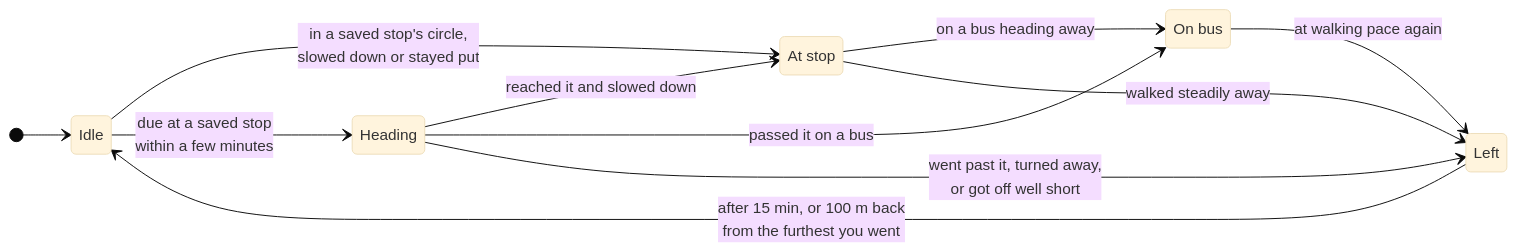
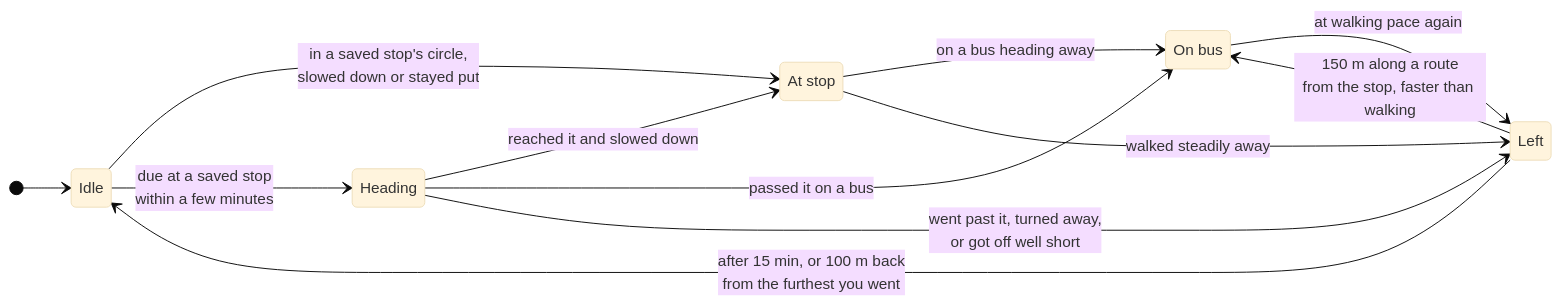
Before and after one commit to Pixxel123/bus-countdown: the fourth of 5 diagrams in docs/how-it-works.md, drawn with Mermaid (base theme). The commit also changed other lines of this file and 11 other files, not shown here.

````diff
--- a/docs/how-it-works.md
+++ b/docs/how-it-works.md
@@ -106,16 +106,17 @@
 ```mermaid
 stateDiagram-v2
     direction LR
     [*] --> Idle
     Idle --> AtStop: in a saved stop's circle,<br/>slowed down or stayed put
     Idle --> Heading: due at a saved stop<br/>within a few minutes
     Heading --> AtStop: reached it and slowed down
     Heading --> OnBus: passed it on a bus
     Heading --> Left: went past it, turned away,<br/>or got off well short
     AtStop --> OnBus: on a bus heading away
     AtStop --> Left: walked steadily away
     OnBus --> Left: at walking pace again
+    Left --> OnBus: 150 m along a route<br/>from the stop, faster than walking
     Left --> Idle: after 15 min, or 100 m back<br/>from the furthest you went
     AtStop: At stop
     OnBus: On bus
 ```
````
